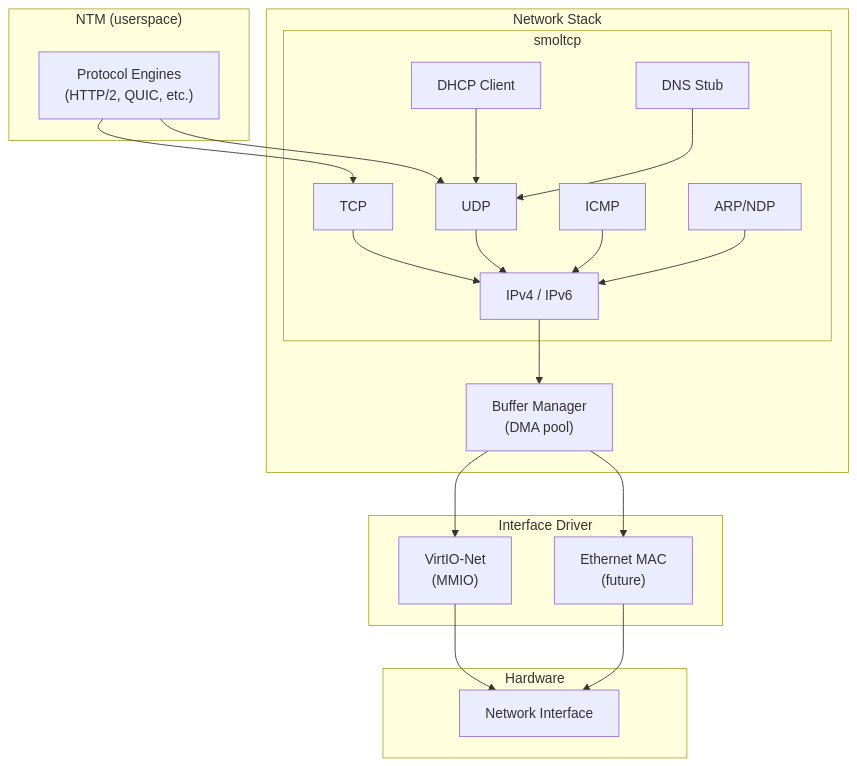
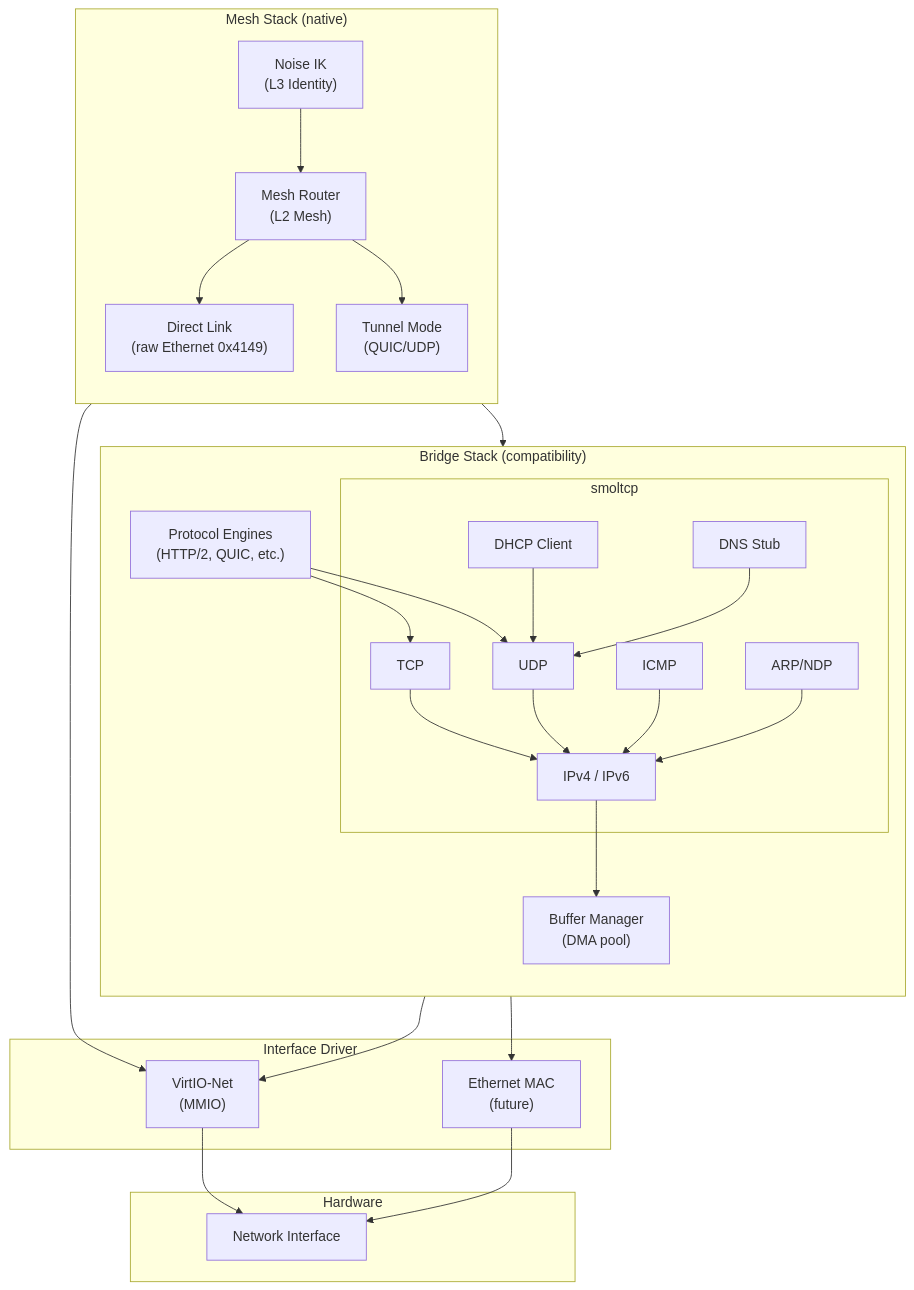
One commit to juslee/aios changed the first of 2 diagrams in docs/platform/networking/stack.md. Above: the diagram before and after it, drawn with Mermaid. The commit also changed other lines of this file and 74 other files, not shown here.

First line of the commit message:
ANM: AI Network Model — replace OSI with mesh-native networking (#139)

````diff
--- a/docs/platform/networking/stack.md
+++ b/docs/platform/networking/stack.md
@@ -12,42 +18,54 @@
 ```mermaid
 flowchart TD
-    subgraph NTM["NTM (userspace)"]
-        Proto["Protocol Engines\n(HTTP/2, QUIC, etc.)"]
+    subgraph MeshStack["Mesh Stack (native)"]
+        direction TB
+        Noise["Noise IK\n(L3 Identity)"]
+        MeshRoute["Mesh Router\n(L2 Mesh)"]
+        DL["Direct Link\n(raw Ethernet 0x4149)"]
+        Tunnel["Tunnel Mode\n(QUIC/UDP)"]
     end
 
-    subgraph Stack["Network Stack"]
+    subgraph BridgeStack["Bridge Stack (compatibility)"]
+        direction TB
+        Proto["Protocol Engines\n(HTTP/2, QUIC, etc.)"]
         subgraph smoltcp["smoltcp"]
             TCP["TCP"]
             UDP["UDP"]
             ICMP["ICMP"]
             ARP["ARP/NDP"]
             DHCP["DHCP Client"]
             DNS["DNS Stub"]
             IP["IPv4 / IPv6"]
         end
         BufMgr["Buffer Manager\n(DMA pool)"]
     end
 
     subgraph Driver["Interface Driver"]
         VirtNet["VirtIO-Net\n(MMIO)"]
         EthMAC["Ethernet MAC\n(future)"]
     end
 
     subgraph HW["Hardware"]
         NIC["Network Interface"]
     end
 
+    Noise --> MeshRoute
+    MeshRoute --> DL
+    MeshRoute --> Tunnel
+    Tunnel --> UDP
+
     Proto --> TCP
     Proto --> UDP
     TCP --> IP
     UDP --> IP
     ICMP --> IP
     ARP --> IP
     DHCP --> UDP
     DNS --> UDP
     IP --> BufMgr
+    DL --> VirtNet
     BufMgr --> VirtNet
     BufMgr --> EthMAC
     VirtNet --> NIC
     EthMAC --> NIC
 ```
````
